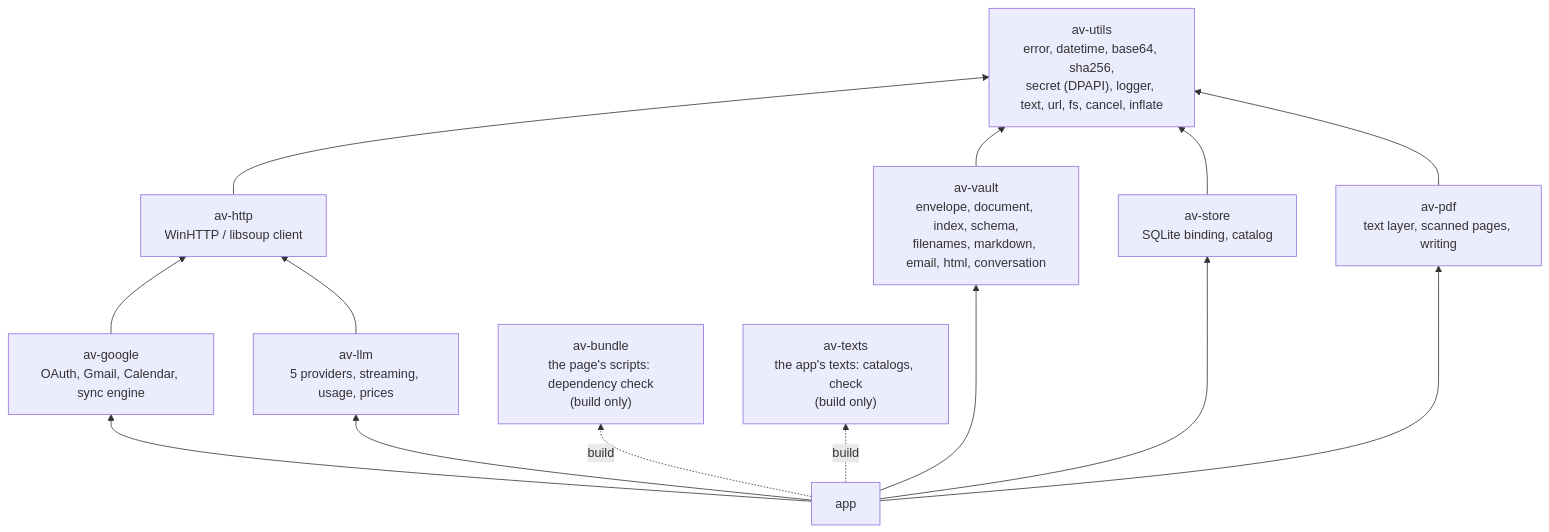
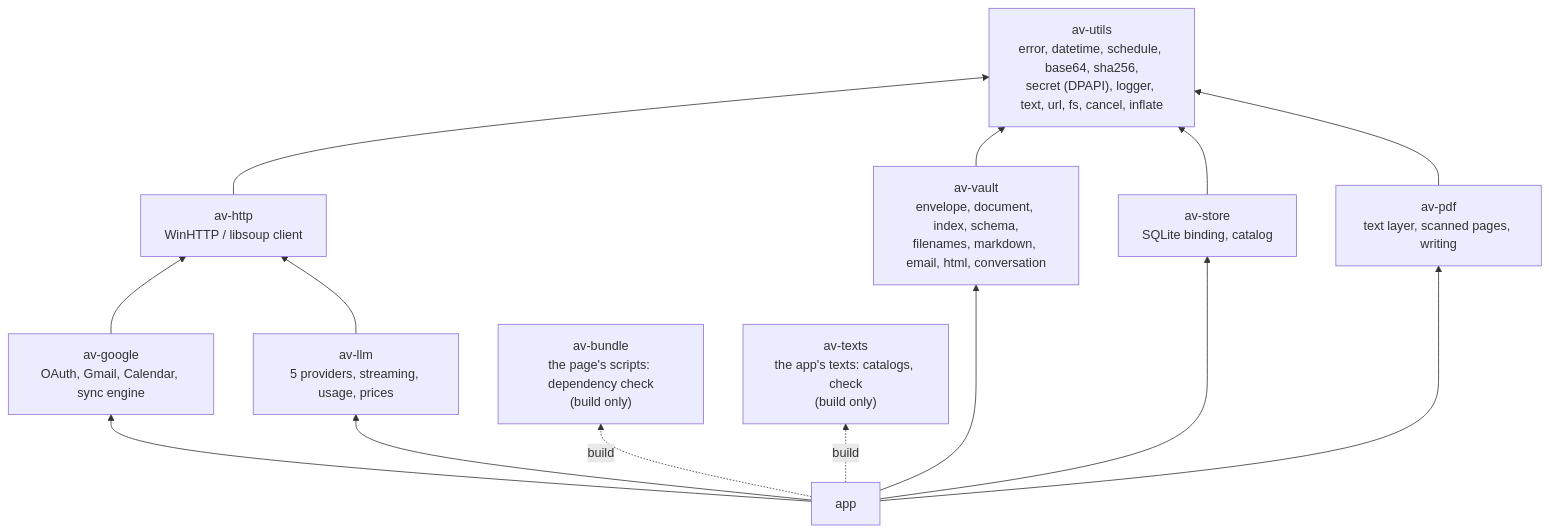
Before and after one commit to steschu77/avelor: the second of 3 diagrams in docs/architecture.md, drawn with Mermaid. The commit also changed other lines of this file and 40 other files, not shown here.

````diff
--- a/docs/architecture.md
+++ b/docs/architecture.md
@@ -313,26 +313,26 @@
 ```mermaid
 flowchart BT
-    utils["av-utils<br/>error, datetime, base64, sha256,<br/>secret (DPAPI), logger, text, url, fs, cancel, inflate"]
+    utils["av-utils<br/>error, datetime, schedule, base64, sha256,<br/>secret (DPAPI), logger, text, url, fs, cancel, inflate"]
     http["av-http<br/>WinHTTP / libsoup client"]
     vault["av-vault<br/>envelope, document, index, schema,<br/>filenames, markdown, email, html, conversation"]
     store["av-store<br/>SQLite binding, catalog"]
     google["av-google<br/>OAuth, Gmail, Calendar, sync engine"]
     llm["av-llm<br/>5 providers, streaming, usage, prices"]
     pdf["av-pdf<br/>text layer, scanned pages, writing"]
     bundle["av-bundle<br/>the page's scripts: dependency check<br/>(build only)"]
     texts["av-texts<br/>the app's texts: catalogs, check<br/>(build only)"]
     app["app"]
     http --> utils
     vault --> utils
     store --> utils
     pdf --> utils
     google --> http
     llm --> http
     app --> vault
     app --> store
     app --> google
     app --> llm
     app --> pdf
     app -. build .-> bundle
     app -. build .-> texts
 ```
````
